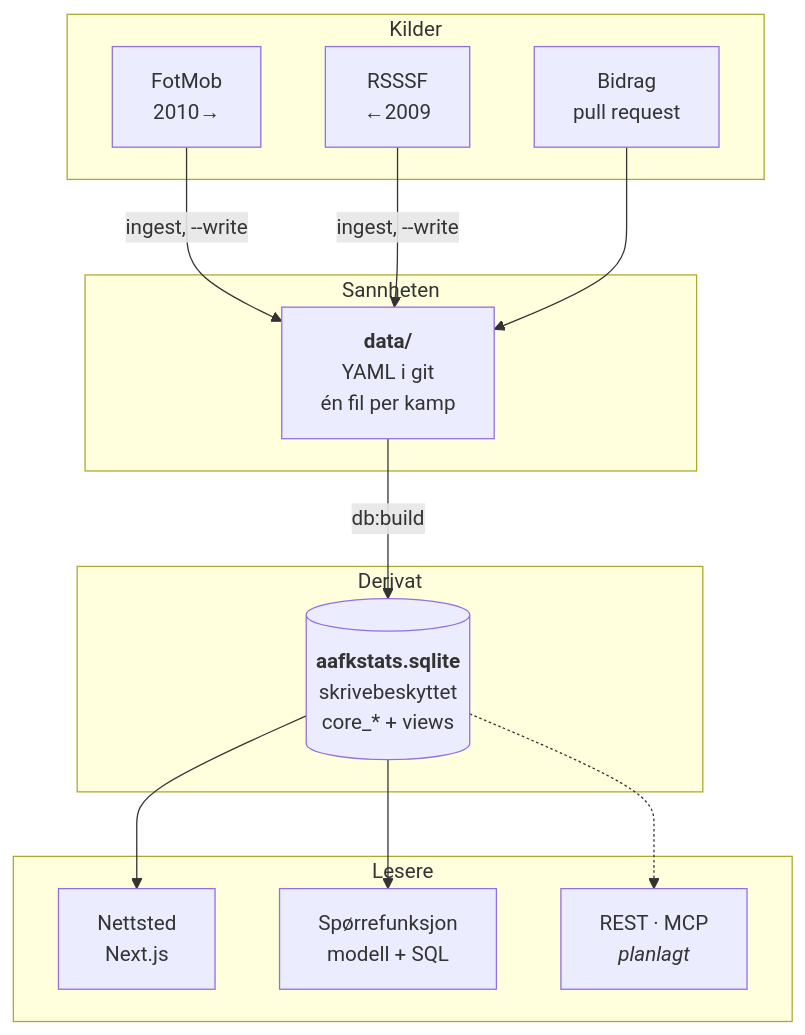
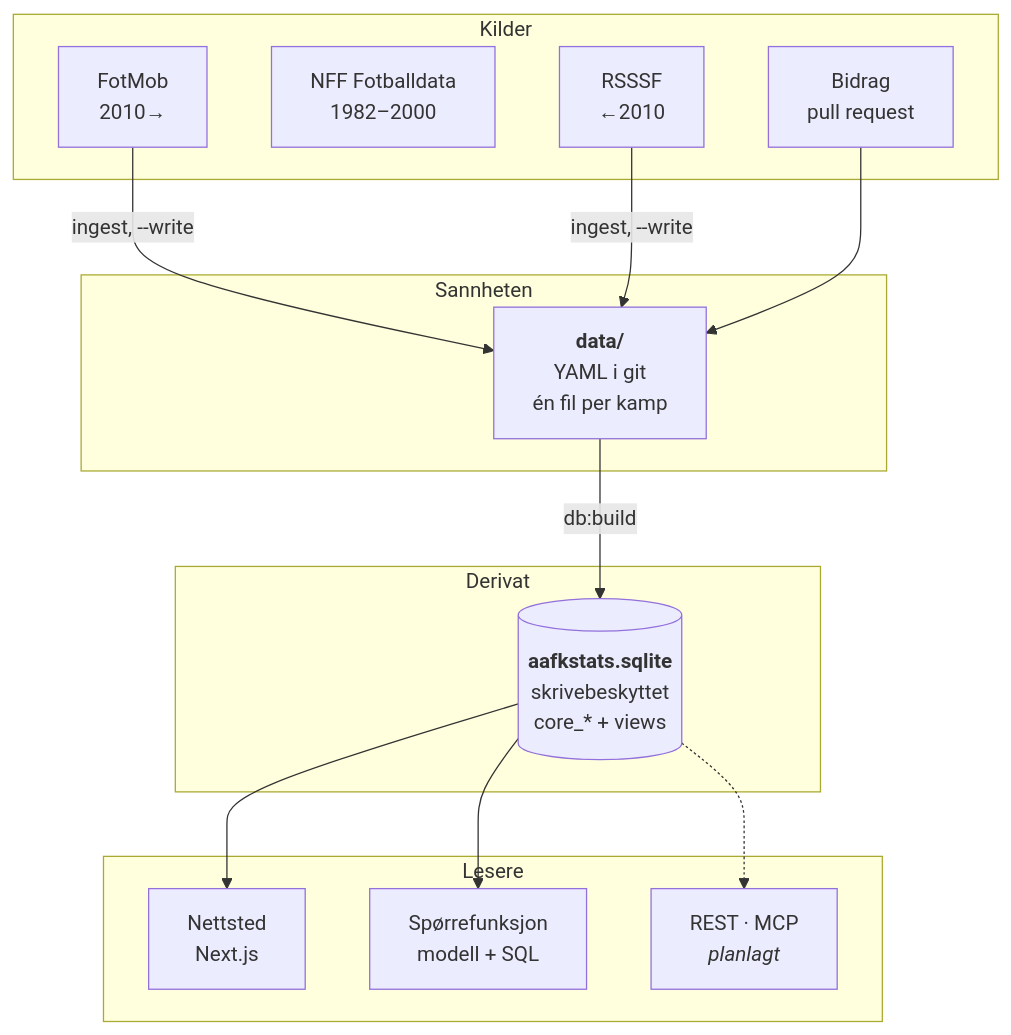
One commit to mlervaag/aafkstats changed the first of 2 diagrams in docs/ARKITEKTUR.md. Above: the diagram before and after it, drawn with Mermaid. The commit also changed 4 other files, not shown here.

````diff
--- a/docs/ARKITEKTUR.md
+++ b/docs/ARKITEKTUR.md
@@ -19,30 +19,31 @@
 ```mermaid
 flowchart TB
   subgraph kilder["Kilder"]
     F["FotMob<br/>2010→"]
-    R["RSSSF<br/>←2009"]
+    N["NFF Fotballdata<br/>1982–2000"]
+    R["RSSSF<br/>←2010"]
     B["Bidrag<br/>pull request"]
   end
 
   subgraph sannhet["Sannheten"]
     Y["<b>data/</b><br/>YAML i git<br/>én fil per kamp"]
   end
 
   subgraph derivat["Derivat"]
     S[("<b>aafkstats.sqlite</b><br/>skrivebeskyttet<br/>core_* + views")]
   end
 
   subgraph lesere["Lesere"]
     W["Nettsted<br/>Next.js"]
     C["Spørrefunksjon<br/>modell + SQL"]
     A["REST · MCP<br/><i>planlagt</i>"]
   end
 
   F -- "ingest, --write" --> Y
   R -- "ingest, --write" --> Y
   B --> Y
   Y -- "db:build" --> S
   S --> W
   S --> C
   S -.-> A
 ```
````
